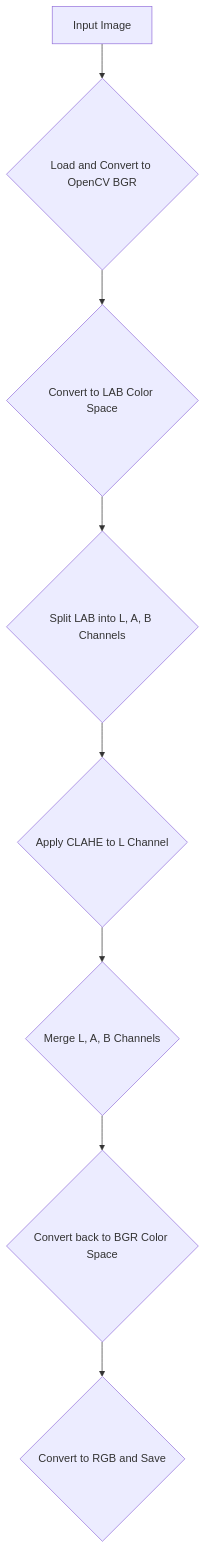
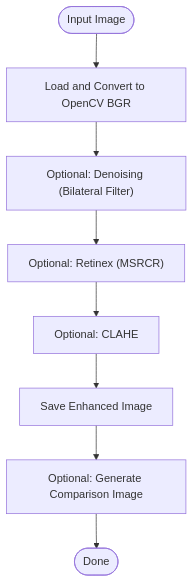
One commit to shin-sforzando/dark-cv changed the diagram in README.md. Above: the diagram before and after it, drawn with Mermaid. The commit also changed other lines of this file and 15 other files, not shown here.

````diff
--- a/README.md
+++ b/README.md
@@ -40,10 +42,10 @@
 ```mermaid
 graph TD
-    A[Input Image] --> B{Load and Convert to OpenCV BGR}
-    B --> C{Convert to LAB Color Space}
-    C --> D{Split LAB into L, A, B Channels}
-    D --> E{Apply CLAHE to L Channel}
-    E --> F{Merge L, A, B Channels}
-    F --> G{Convert back to BGR Color Space}
-    G --> H{Convert to RGB and Save}
+    A(["Input Image"]) --> B["Load and Convert to OpenCV BGR"]
+    B --> C["Optional: Denoising (Bilateral Filter)"]
+    C --> D["Optional: Retinex (MSRCR)"]
+    D --> E["Optional: CLAHE"]
+    E --> F["Save Enhanced Image"]
+    F --> G["Optional: Generate Comparison Image"]
+    G --> H(["Done"])
 ```
````
